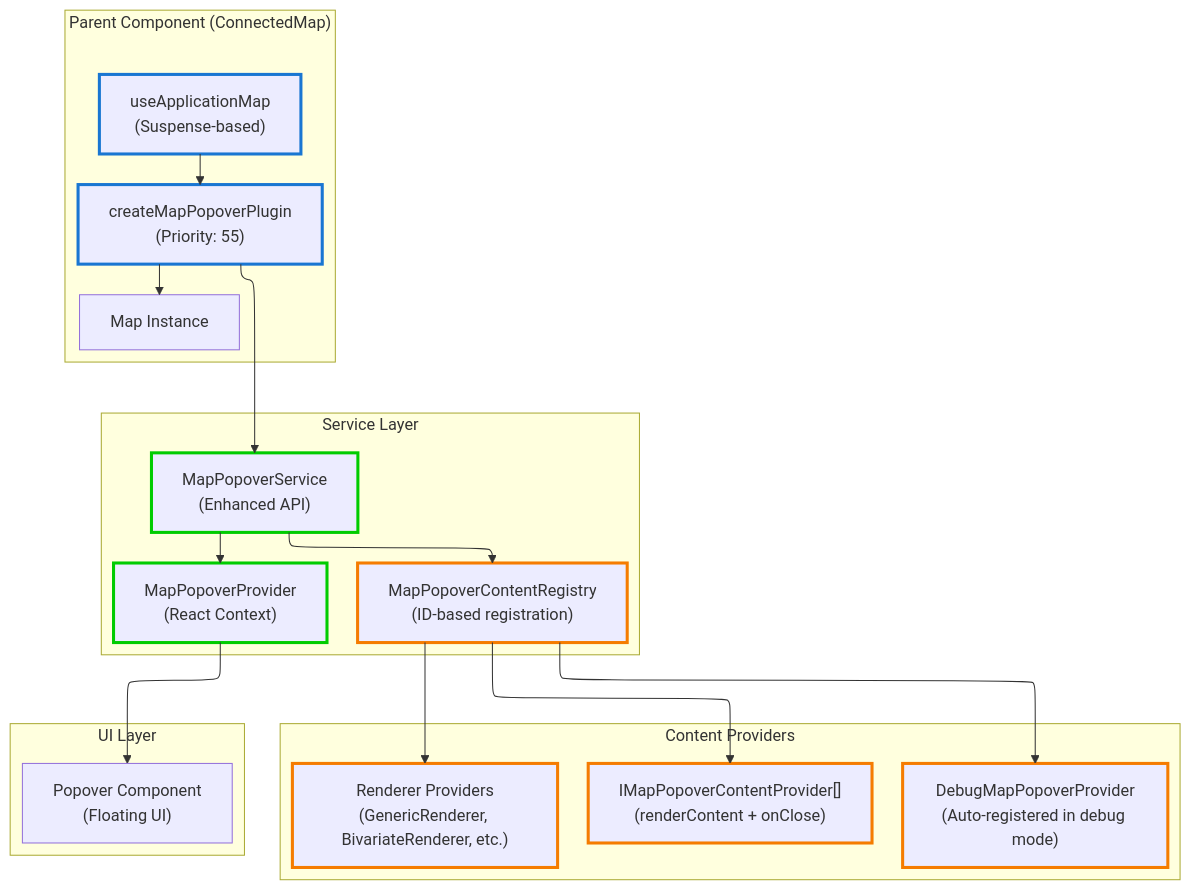
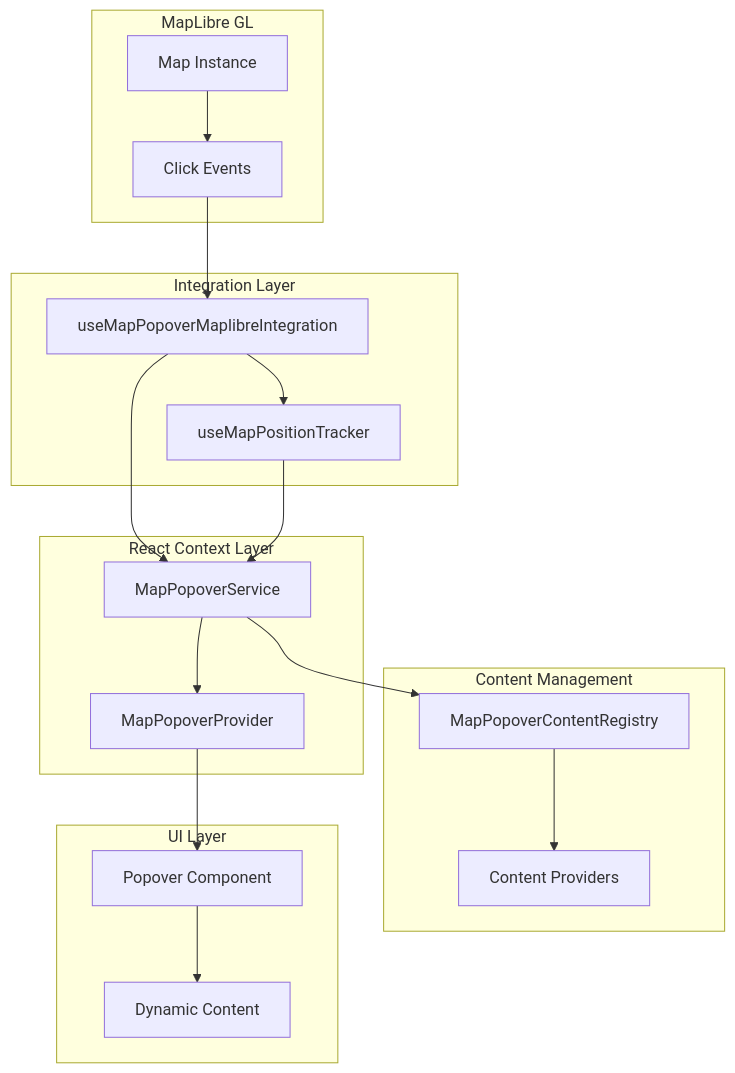
The first of 5 diagrams in src/core/map/MapPopover.md (konturio/disaster-ninja-fe), drawn with Mermaid before and after one commit. The commit also changed other lines of this file, not shown here.

````diff
--- a/src/core/map/MapPopover.md
+++ b/src/core/map/MapPopover.md
@@ -7,48 +36,41 @@
 ```mermaid
----
-config:
-  layout: elk
----
-graph TD
-    subgraph "Parent Component (ConnectedMap)"
-        UseApplicationMap["useApplicationMap<br/>(Suspense-based)"]
-        MapPopoverPlugin["createMapPopoverPlugin<br/>(Priority: 55)"]
-        MapInstance["Map Instance"]
+graph TB
+    subgraph "React Context Layer"
+        Provider[MapPopoverProvider]
+        Service[MapPopoverService]
     end
 
-    subgraph "Service Layer"
-        Service["MapPopoverService<br/>(Enhanced API)"]
-        Registry["MapPopoverContentRegistry<br/>(ID-based registration)"]
-        Provider["MapPopoverProvider<br/>(React Context)"]
+    subgraph "Integration Layer"
+        Hook[useMapPopoverMaplibreIntegration]
+        Tracker[useMapPositionTracker]
     end
 
-    subgraph "Content Providers"
-        ContentProviders["IMapPopoverContentProvider[]<br/>(renderContent + onClose)"]
-        DebugProvider["DebugMapPopoverProvider<br/>(Auto-registered in debug mode)"]
-        RendererProviders["Renderer Providers<br/>(GenericRenderer, BivariateRenderer, etc.)"]
+    subgraph "Content Management"
+        Registry[MapPopoverContentRegistry]
+        Providers[Content Providers]
+    end
+
+    subgraph "MapLibre GL"
+        Map[Map Instance]
+        Events[Click Events]
     end
 
     subgraph "UI Layer"
-        PopoverComponent["Popover Component<br/>(Floating UI)"]
+        Popover[Popover Component]
+        Content[Dynamic Content]
     end
 
-    UseApplicationMap --> MapPopoverPlugin
-    MapPopoverPlugin --> MapInstance
-    MapPopoverPlugin --> Service
-
-    Service --> Registry
-    Registry --> ContentProviders
-    Registry --> DebugProvider
-    Registry --> RendererProviders
+    Map --> Events
+    Events --> Hook
+    Hook --> Service
+    Hook --> Tracker
 
     Service --> Provider
-    Provider --> PopoverComponent
+    Service --> Registry
+    Registry --> Providers
 
-    classDef integration stroke:#1976d2,stroke-width:3px
-    classDef coreService stroke:#00cc00,stroke-width:3px
-    classDef contentSystem stroke:#f57c00,stroke-width:3px
+    Provider --> Popover
+    Popover --> Content
 
-    class UseApplicationMap,MapPopoverPlugin integration
-    class Service,Provider coreService
-    class Registry,ContentProviders,DebugProvider,RendererProviders contentSystem
+    Tracker --> Service
 ```
````
